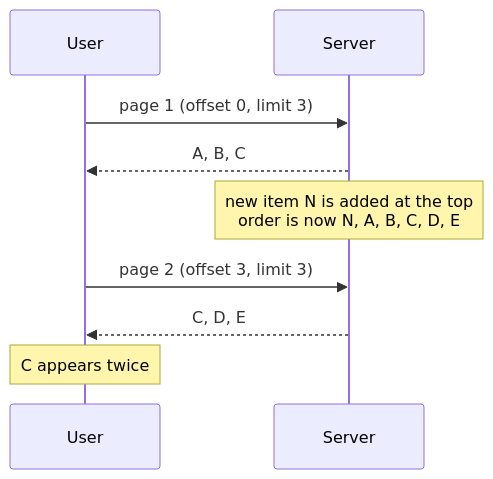
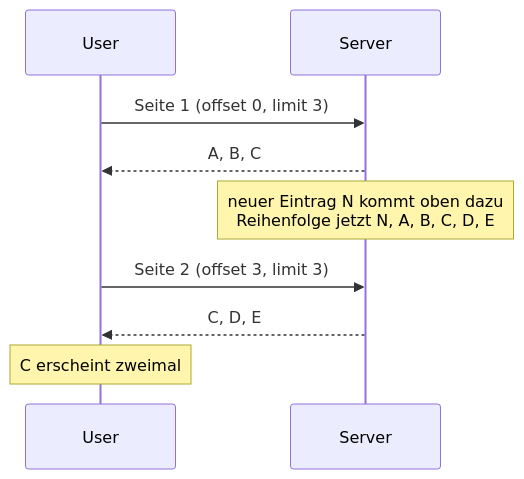
Before and after one commit to christiansany/cas-fee-26-frontend-challenges: the fifth of 6 diagrams in topics/lists-and-pagination/README.md, drawn with Mermaid. The commit also changed other lines of this file and 15 other files, not shown here.

First line of the commit message:
Rework GraphQL vs REST and translate the topics to German

````diff
--- a/topics/lists-and-pagination/README.md
+++ b/topics/lists-and-pagination/README.md
@@ -225,11 +229,11 @@
 ```mermaid
 sequenceDiagram
   participant U as User
   participant S as Server
-  U->>S: page 1 (offset 0, limit 3)
+  U->>S: Seite 1 (offset 0, limit 3)
   S-->>U: A, B, C
-  Note over S: new item N is added at the top<br/>order is now N, A, B, C, D, E
-  U->>S: page 2 (offset 3, limit 3)
+  Note over S: neuer Eintrag N kommt oben dazu<br/>Reihenfolge jetzt N, A, B, C, D, E
+  U->>S: Seite 2 (offset 3, limit 3)
   S-->>U: C, D, E
-  Note over U: C appears twice
+  Note over U: C erscheint zweimal
 ```
````
